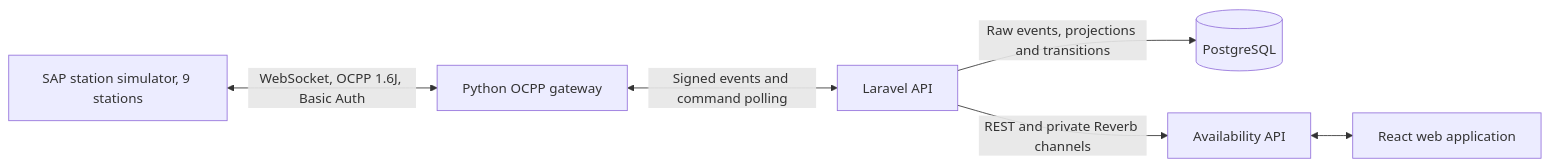
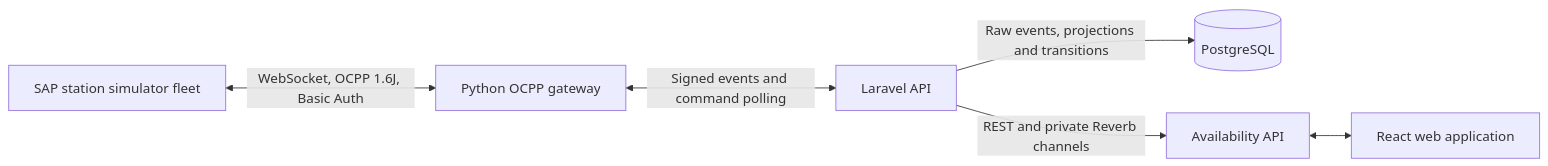
The first of 2 diagrams in docs/ocpp.md (wajdi-bn/changtrackr), drawn with Mermaid before and after one commit. The commit also changed other lines of this file and 24 other files, not shown here.

````diff
--- a/docs/ocpp.md
+++ b/docs/ocpp.md
@@ -11,8 +11,8 @@
 ```mermaid
 flowchart LR
-    S["SAP station simulator, 9 stations"] <-->|"WebSocket, OCPP 1.6J, Basic Auth"| G["Python OCPP gateway"]
+    S["SAP station simulator fleet"] <-->|"WebSocket, OCPP 1.6J, Basic Auth"| G["Python OCPP gateway"]
     G <-->|"Signed events and command polling"| L["Laravel API"]
     L -->|"Raw events, projections and transitions"| P[("PostgreSQL")]
     L -->|"REST and private Reverb channels"| R["Availability API"]
     R <--> F["React web application"]
 ```
````
